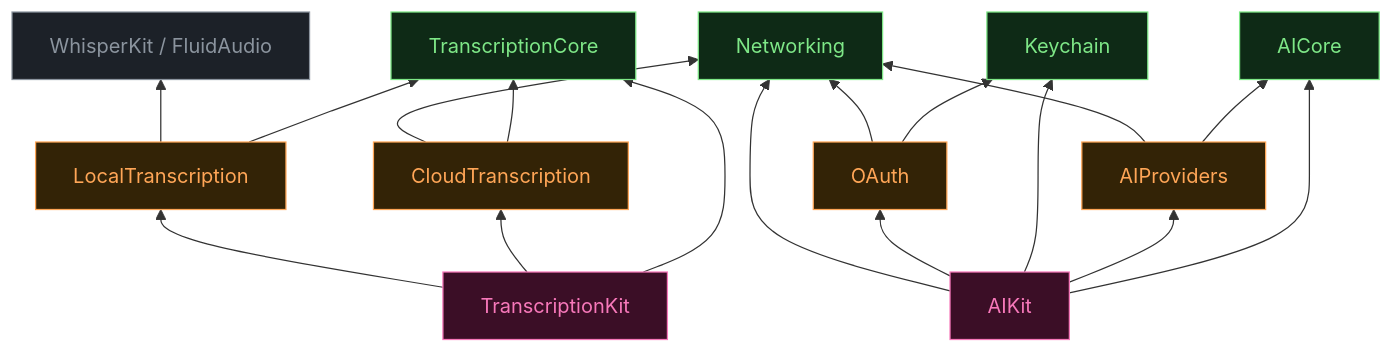
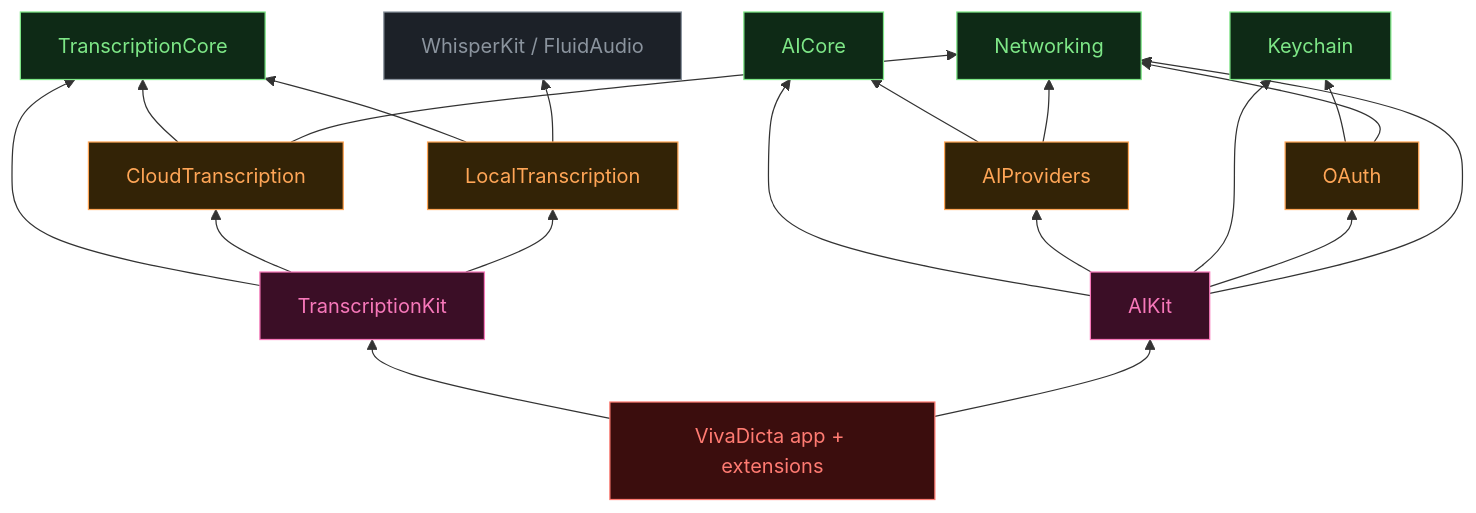
Before and after one commit to n0an/VivaDicta: the second of 4 diagrams in documentation/Module-Architecture.md, drawn with Mermaid. The commit also changed other lines of this file and 1 other file, not shown here.

Commit message:
Show the app (composition root) in the module dependency graphs
Restore the app node to the README + Module-Architecture dependency
graphs, connected only to its two orchestrators (TranscriptionKit,
AIKit) - its primary composition entry points into each stack. The
app's direct deps on the infra/leaf modules stay omitted (noted in
prose) so the two domain stacks remain legible.

````diff
--- a/documentation/Module-Architecture.md
+++ b/documentation/Module-Architecture.md
@@ -57,46 +57,54 @@
 ```mermaid
 graph BT
   classDef core fill:#0e2a16,stroke:#7ee787,color:#7ee787
   classDef adapter fill:#332306,stroke:#ffa657,color:#ffa657
   classDef orchestrator fill:#3b0e26,stroke:#f778ba,color:#f778ba
+  classDef app fill:#3b0d0d,stroke:#ff7b72,color:#ff7b72
   classDef external fill:#1c2128,stroke:#8b949e,color:#8b949e
 
   %% Core (only those with in-graph dependents)
   Networking[Networking]:::core
   Keychain[Keychain]:::core
   TranscriptionCore[TranscriptionCore]:::core
   AICore[AICore]:::core
 
   %% Adapters
   OAuth[OAuth]:::adapter
   CloudTranscription[CloudTranscription]:::adapter
   LocalTranscription[LocalTranscription]:::adapter
   AIProviders[AIProviders]:::adapter
 
   %% Orchestrators
   TranscriptionKit[TranscriptionKit]:::orchestrator
   AIKit[AIKit]:::orchestrator
+
+  %% App - composes the two stacks via their orchestrators
+  App["VivaDicta app + extensions"]:::app
 
   %% External
   WhisperKit[WhisperKit / FluidAudio]:::external
 
   %% Adapter -> Core
   OAuth --> Keychain
   OAuth --> Networking
   CloudTranscription --> TranscriptionCore
   CloudTranscription --> Networking
   LocalTranscription --> TranscriptionCore
   LocalTranscription --> WhisperKit
   AIProviders --> AICore
   AIProviders --> Networking
 
   %% Orchestrator -> Adapter + Core
   TranscriptionKit --> TranscriptionCore
   TranscriptionKit --> CloudTranscription
   TranscriptionKit --> LocalTranscription
   AIKit --> AICore
   AIKit --> AIProviders
   AIKit --> Keychain
   AIKit --> OAuth
   AIKit --> Networking
+
+  %% App composes the two stacks via their orchestrators (direct infra deps omitted - see note)
+  App --> TranscriptionKit
+  App --> AIKit
 ```
````
